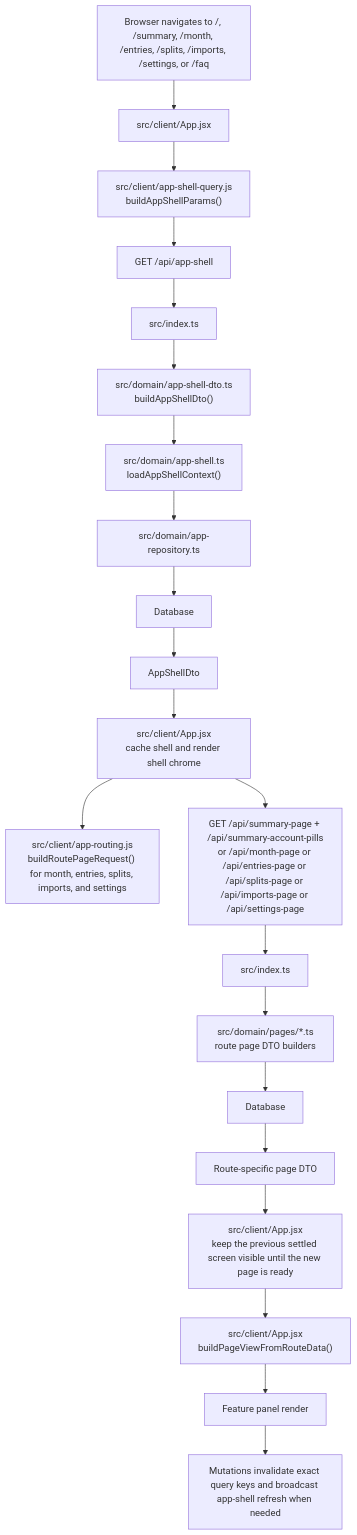
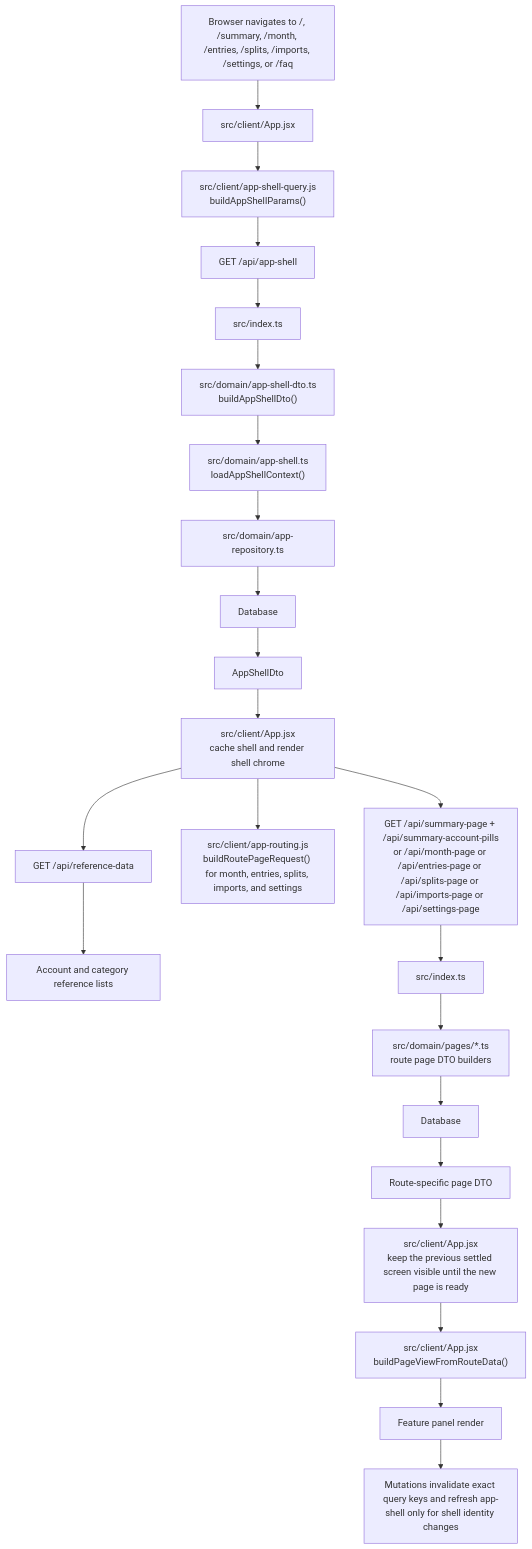
Before and after one commit to timothysantos/monies-map: the diagram in docs/app-shell-flow.md, drawn with Mermaid. The commit also changed other lines of this file and 26 other files, not shown here.

Commit message:
Split reference data out of app shell

````diff
--- a/docs/app-shell-flow.md
+++ b/docs/app-shell-flow.md
@@ -13,23 +13,25 @@
 ```mermaid
 flowchart TD
   A["Browser navigates to /, /summary, /month, /entries, /splits, /imports, /settings, or /faq"] --> B["src/client/App.jsx"]
   B --> C["src/client/app-shell-query.js<br/>buildAppShellParams()"]
   C --> D["GET /api/app-shell"]
   D --> E["src/index.ts"]
   E --> F["src/domain/app-shell-dto.ts<br/>buildAppShellDto()"]
   F --> G["src/domain/app-shell.ts<br/>loadAppShellContext()"]
   G --> H["src/domain/app-repository.ts"]
   H --> I["Database"]
   I --> J["AppShellDto"]
   J --> K["src/client/App.jsx<br/>cache shell and render shell chrome"]
-  K --> L["src/client/app-routing.js<br/>buildRoutePageRequest() for month, entries, splits, imports, and settings"]
-  K --> M["GET /api/summary-page + /api/summary-account-pills<br/>or /api/month-page or /api/entries-page or /api/splits-page or /api/imports-page or /api/settings-page"]
-  M --> N["src/index.ts"]
-  N --> O["src/domain/pages/*.ts<br/>route page DTO builders"]
-  O --> P["Database"]
-  P --> Q["Route-specific page DTO"]
-  Q --> R["src/client/App.jsx<br/>keep the previous settled screen visible until the new page is ready"]
-  R --> S["src/client/App.jsx<br/>buildPageViewFromRouteData()"]
-  S --> T["Feature panel render"]
-  T --> U["Mutations invalidate exact query keys and broadcast app-shell refresh when needed"]
+  K --> L["GET /api/reference-data"]
+  L --> M["Account and category reference lists"]
+  K --> N["src/client/app-routing.js<br/>buildRoutePageRequest() for month, entries, splits, imports, and settings"]
+  K --> O["GET /api/summary-page + /api/summary-account-pills<br/>or /api/month-page or /api/entries-page or /api/splits-page or /api/imports-page or /api/settings-page"]
+  O --> P["src/index.ts"]
+  P --> Q["src/domain/pages/*.ts<br/>route page DTO builders"]
+  Q --> R["Database"]
+  R --> S["Route-specific page DTO"]
+  S --> T["src/client/App.jsx<br/>keep the previous settled screen visible until the new page is ready"]
+  T --> U["src/client/App.jsx<br/>buildPageViewFromRouteData()"]
+  U --> V["Feature panel render"]
+  V --> W["Mutations invalidate exact query keys and refresh app-shell only for shell identity changes"]
 ```
````
